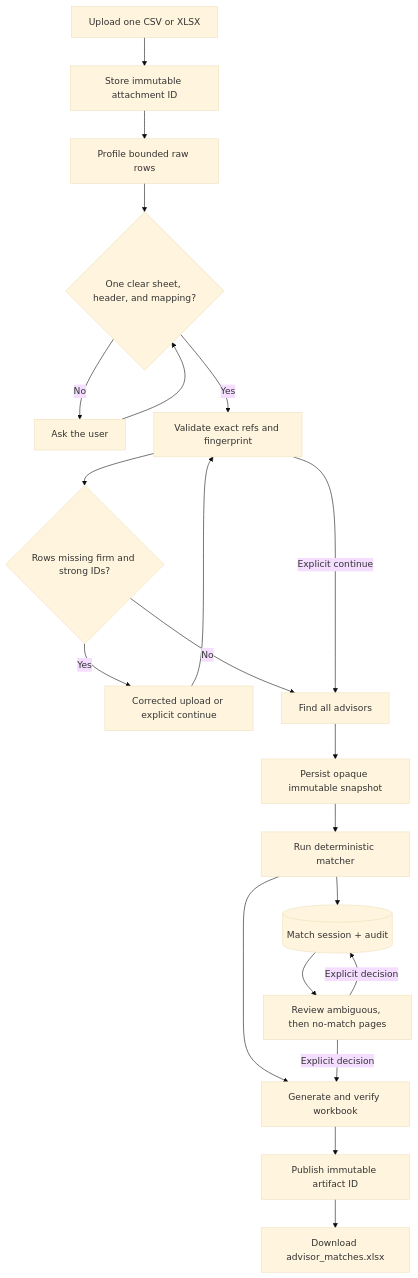
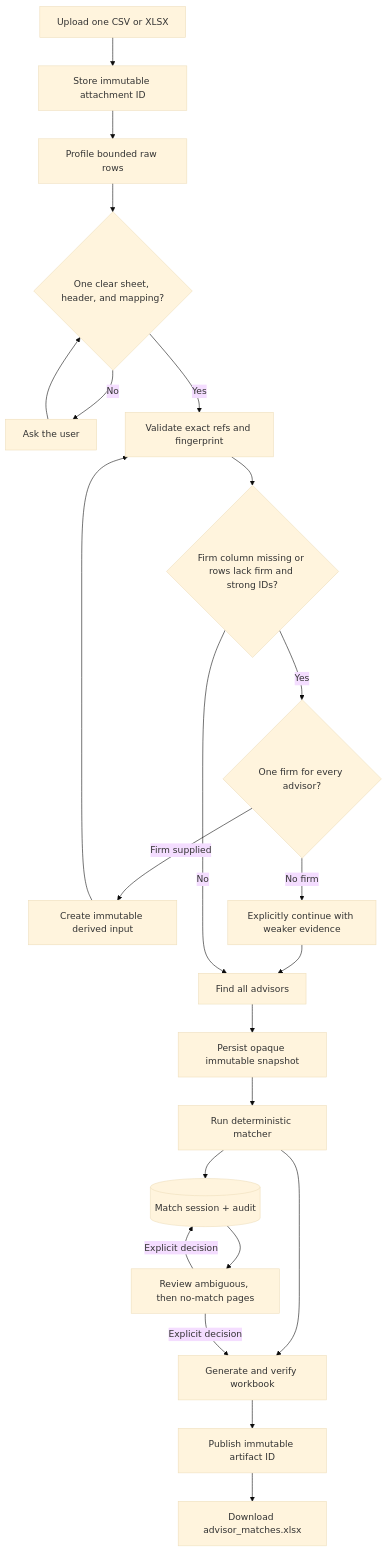
Before and after one commit to lizequnwz/deepagents-agents: the first of 2 diagrams in advisor-match-agent/docs/ADVISOR_MATCH_WORKFLOW_WALKTHROUGH.md, drawn with Mermaid (base theme). The commit also changed other lines of this file and 23 other files, not shown here.

````diff
--- a/advisor-match-agent/docs/ADVISOR_MATCH_WORKFLOW_WALKTHROUGH.md
+++ b/advisor-match-agent/docs/ADVISOR_MATCH_WORKFLOW_WALKTHROUGH.md
@@ -7,21 +7,22 @@
 ```mermaid
 flowchart TD
     U["Upload one CSV or XLSX"] --> A["Store immutable attachment ID"]
     A --> P["Profile bounded raw rows"]
     P --> I{"One clear sheet, header, and mapping?"}
     I -->|No| Q["Ask the user"] --> I
     I -->|Yes| V["Validate exact refs and fingerprint"]
-    V --> F{"Rows missing firm and strong IDs?"}
-    F -->|Yes| C["Corrected upload or explicit continue"] --> V
+    V --> F{"Firm column missing or rows lack firm and strong IDs?"}
+    F -->|Yes| C{"One firm for every advisor?"}
+    C -->|Firm supplied| A2["Create immutable derived input"] --> V
+    C -->|No firm| W2["Explicitly continue with weaker evidence"] --> R
     F -->|No| R["Find all advisors"]
-    V -->|Explicit continue| R
     R --> S["Persist opaque immutable snapshot"]
     S --> M["Run deterministic matcher"]
     M --> DB[("Match session + audit")]
     M --> W["Generate and verify workbook"]
     DB --> E["Review ambiguous, then no-match pages"]
     E -->|Explicit decision| DB
     E -->|Explicit decision| W
     W --> X["Publish immutable artifact ID"]
     X --> D["Download advisor_matches.xlsx"]
 ```
````
